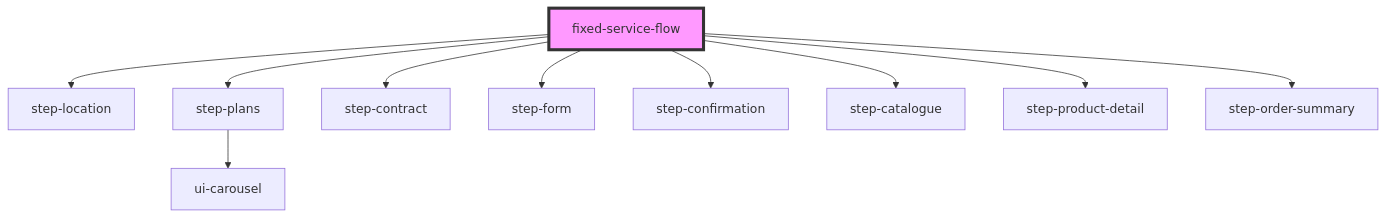
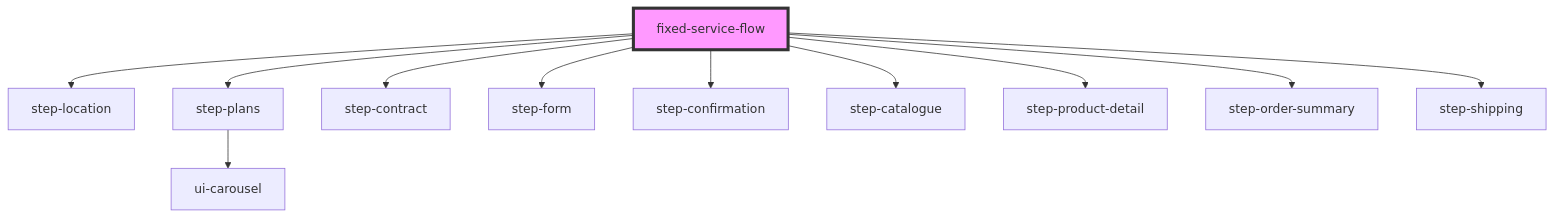
The diagram in fixed-flow-labs/fixed-service-flow/src/components/fixed-service-flow/readme.md (smlzjosue/fixed-service-flow-web-component), drawn with Mermaid before and after one commit. The commit also changed other lines of this file and 10 other files, not shown here.

First line of the commit message:
feat: add step-shipping component for CLARO HOGAR flow

````diff
--- a/fixed-flow-labs/fixed-service-flow/src/components/fixed-service-flow/readme.md
+++ b/fixed-flow-labs/fixed-service-flow/src/components/fixed-service-flow/readme.md
@@ -43,13 +44,14 @@
 ```mermaid
 graph TD;
   fixed-service-flow --> step-location
   fixed-service-flow --> step-plans
   fixed-service-flow --> step-contract
   fixed-service-flow --> step-form
   fixed-service-flow --> step-confirmation
   fixed-service-flow --> step-catalogue
   fixed-service-flow --> step-product-detail
   fixed-service-flow --> step-order-summary
+  fixed-service-flow --> step-shipping
   step-plans --> ui-carousel
   style fixed-service-flow fill:#f9f,stroke:#333,stroke-width:4px
 ```
````
